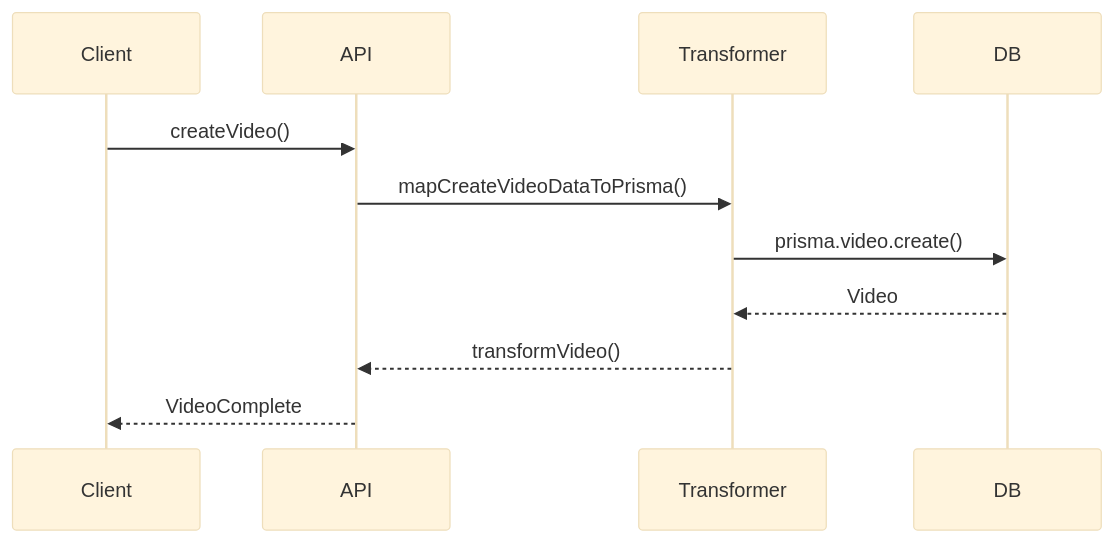
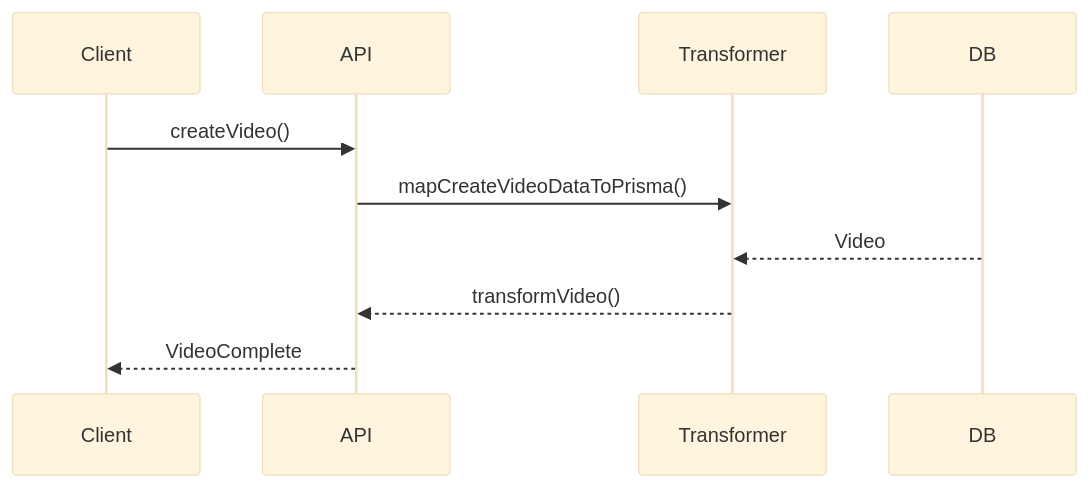
Before and after one commit to gvastethecreator/media-manager: the second of 2 diagrams in src/types/entities/video/documentation.md, drawn with Mermaid (base theme). The commit also changed 176 other files, not shown here.

````diff
--- a/src/types/entities/video/documentation.md
+++ b/src/types/entities/video/documentation.md
@@ -47,13 +47,13 @@
 ```mermaid
 sequenceDiagram
     participant Client
     participant API
     participant Transformer
     participant DB
     Client->>API: createVideo()
     API->>Transformer: mapCreateVideoDataToPrisma()
-    Transformer->>DB: prisma.video.create()
+    
     DB-->>Transformer: Video
     Transformer-->>API: transformVideo()
     API-->>Client: VideoComplete
 ```
````
